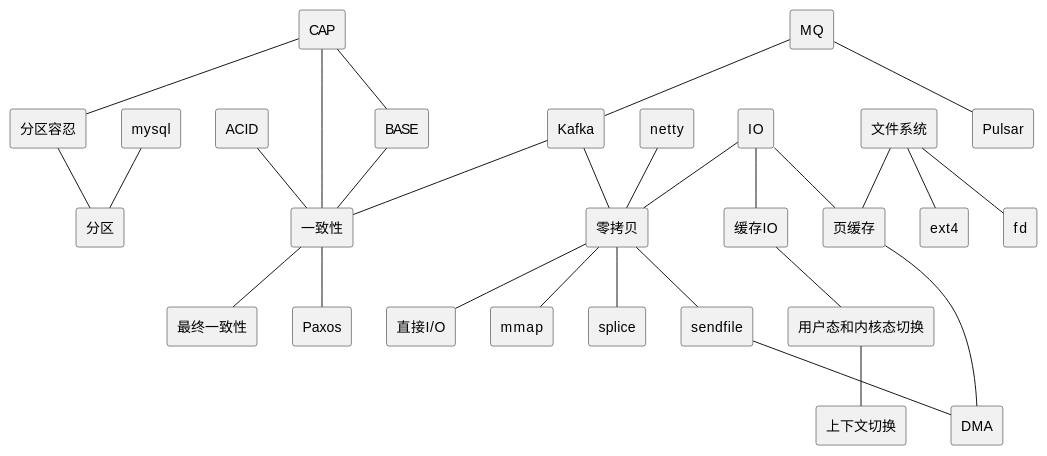
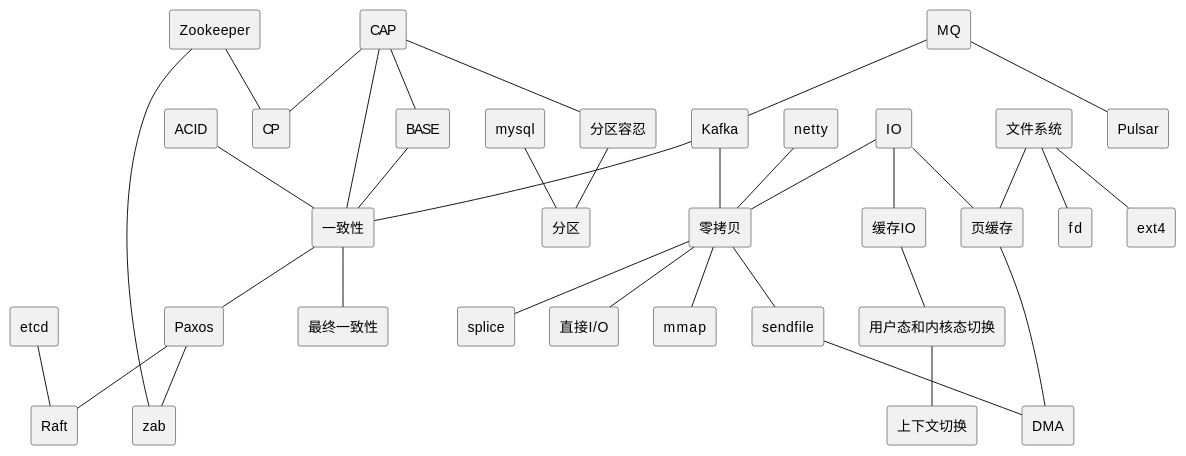
One commit to wiloon/blog changed the diagram in content/post/archive-1/2015-08-06-dev-env.md. Above: the diagram before and after it, drawn with PlantUML. The commit also changed 8 other files, not shown here.

````diff
--- a/content/post/archive-1/2015-08-06-dev-env.md
+++ b/content/post/archive-1/2015-08-06-dev-env.md
@@ -93,62 +93,73 @@
 ```puml
 @startuml
 skinparam componentStyle rectangle
 
 [Kafka] as kafka
 [一致性] as consistency
 [最终一致性] as eventual_consistency
 [CAP] as cap
+[CP] as cp
 [BASE] as base
 [分区容忍] as partition_tolerance
 [分区] as partition
 [mysql]
 [ACID] as acid
 [MQ] as mq
 [Pulsar] as pulsar
 [netty]
 [零拷贝] as zero_copy
 [IO] as io
 [缓存IO] as buffered_io
 [页缓存] as page_cache
 [sendfile] as sendfile
 [DMA] as dma
 [文件系统] as file_system
 [直接I/O] as direct_io
 [mmap]
 [splice]
 [用户态和内核态切换] as user_kernal_switch
 [上下文切换] as context_switch
 [fd]
 [ext4]
 [Paxos] as paxos
+[Zookeeper] as zookeepr
+[etcd]
+[Raft] as raft
+[zab]
 
 kafka--consistency
 cap--base
 cap--consistency
 partition_tolerance--partition
 mysql--partition
 consistency--eventual_consistency
 acid--consistency
 base--consistency
 cap--partition_tolerance
 mq--kafka
 mq--pulsar
 kafka--zero_copy
 netty--zero_copy
 io--page_cache
 io--buffered_io
 page_cache--dma
 file_system--page_cache
 io--zero_copy
 zero_copy--direct_io
 zero_copy--mmap
 zero_copy--sendfile
 zero_copy--splice
 sendfile--dma
 buffered_io--user_kernal_switch
 user_kernal_switch--context_switch
 file_system--fd
 file_system--ext4
 consistency--paxos
+zookeepr--cp
+cap--cp
+zookeepr--zab
+etcd--raft
+paxos--zab
+paxos--raft
 @enduml
 ```
````
